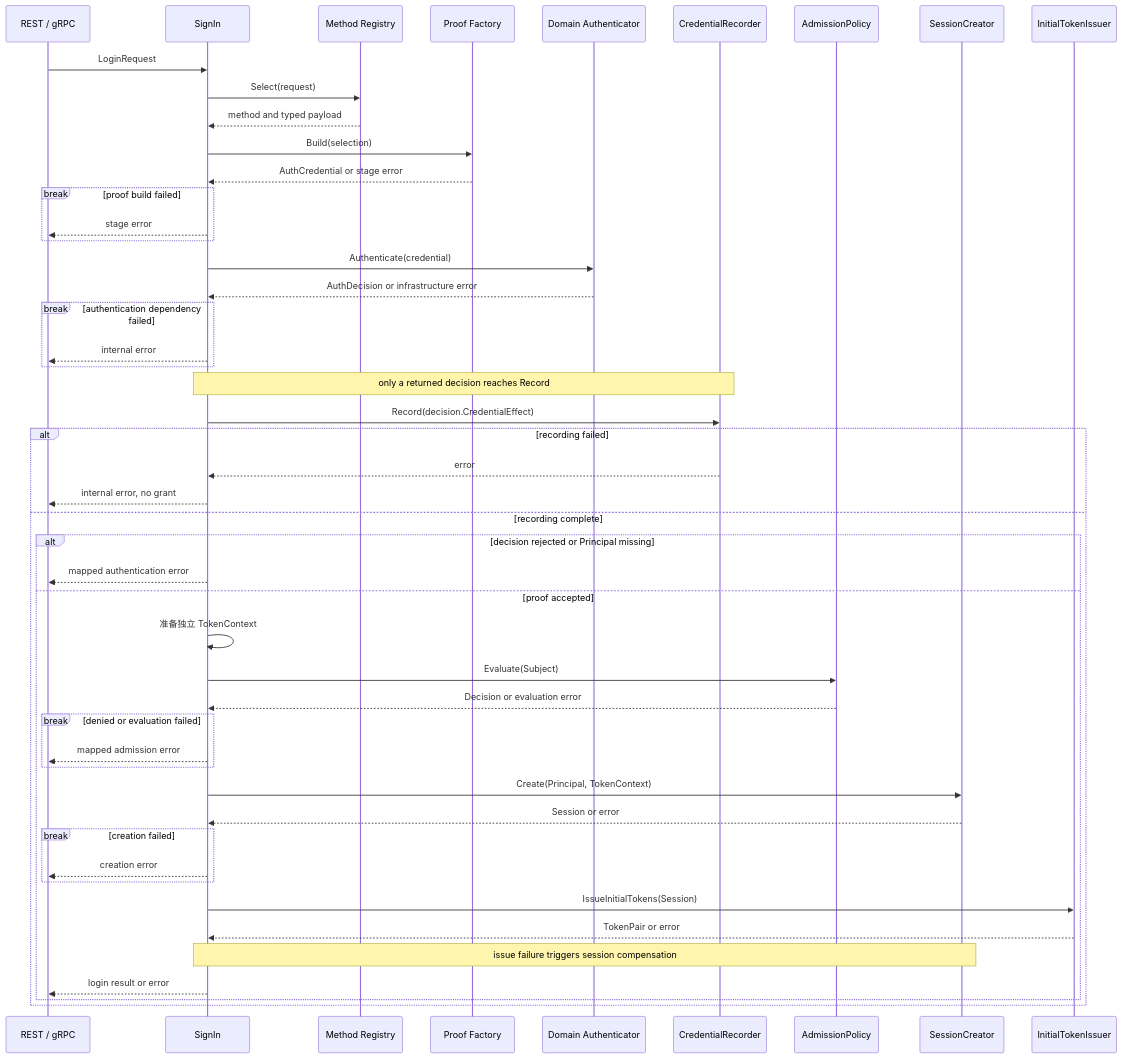
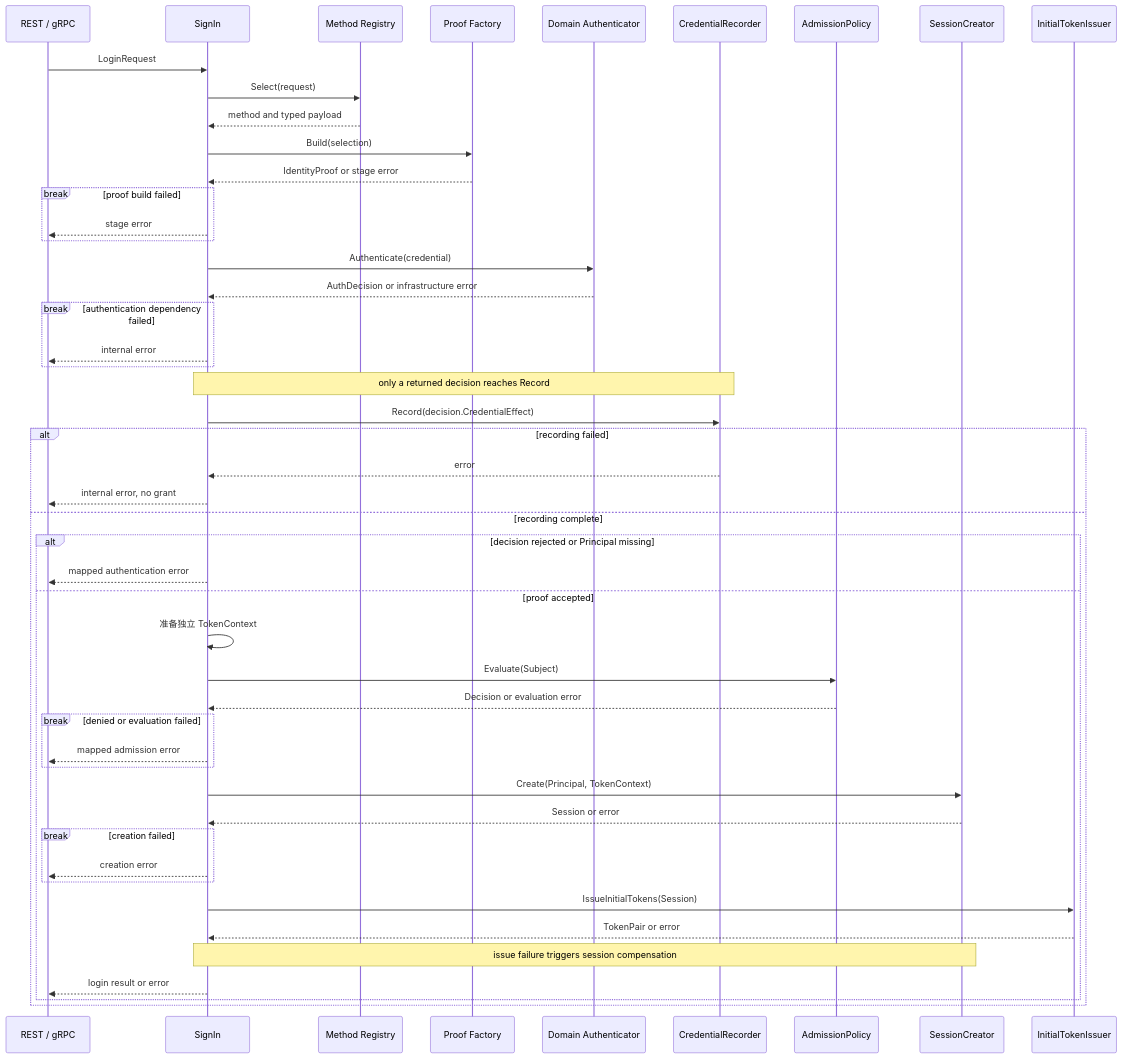
Before and after one commit to FangcunMount/iam-contracts: the first of 3 diagrams in docs/02-业务模块/02-AuthN/04-关键链路-Login登录认证.md, drawn with Mermaid. The commit also changed other lines of this file and 33 other files, not shown here.

````diff
--- a/docs/02-业务模块/02-AuthN/04-关键链路-Login登录认证.md
+++ b/docs/02-业务模块/02-AuthN/04-关键链路-Login登录认证.md
@@ -17,51 +17,51 @@
 ```mermaid
 sequenceDiagram
     participant T as REST / gRPC
     participant S as SignIn
     participant M as Method Registry
     participant F as Proof Factory
     participant A as Domain Authenticator
     participant R as CredentialRecorder
     participant AP as AdmissionPolicy
     participant SC as SessionCreator
     participant TI as InitialTokenIssuer
     T->>S: LoginRequest
     S->>M: Select(request)
     M-->>S: method and typed payload
     S->>F: Build(selection)
-    F-->>S: AuthCredential or stage error
+    F-->>S: IdentityProof or stage error
     break proof build failed
         S-->>T: stage error
     end
     S->>A: Authenticate(credential)
     A-->>S: AuthDecision or infrastructure error
     break authentication dependency failed
         S-->>T: internal error
     end
     Note over S,R: only a returned decision reaches Record
     S->>R: Record(decision.CredentialEffect)
     alt recording failed
         R-->>S: error
         S-->>T: internal error, no grant
     else recording complete
         alt decision rejected or Principal missing
             S-->>T: mapped authentication error
         else proof accepted
             S->>S: 准备独立 TokenContext
             S->>AP: Evaluate(Subject)
             AP-->>S: Decision or evaluation error
             break denied or evaluation failed
                 S-->>T: mapped admission error
             end
             S->>SC: Create(Principal, TokenContext)
             SC-->>S: Session or error
             break creation failed
                 S-->>T: creation error
             end
             S->>TI: IssueInitialTokens(Session)
             TI-->>S: TokenPair or error
             Note over S,SC: issue failure triggers session compensation
             S-->>T: login result or error
         end
     end
 ```
````
